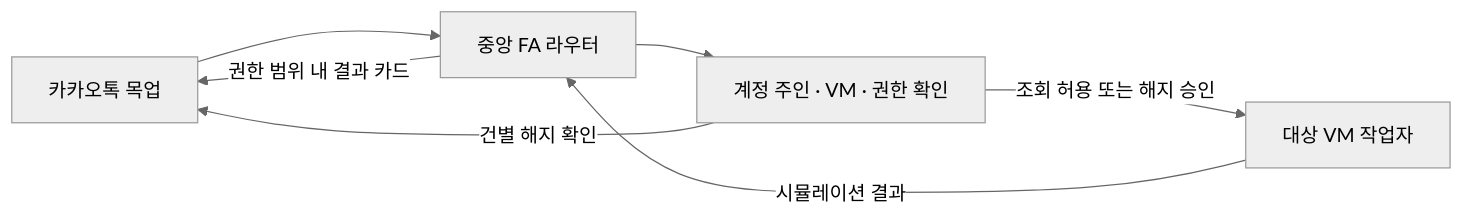
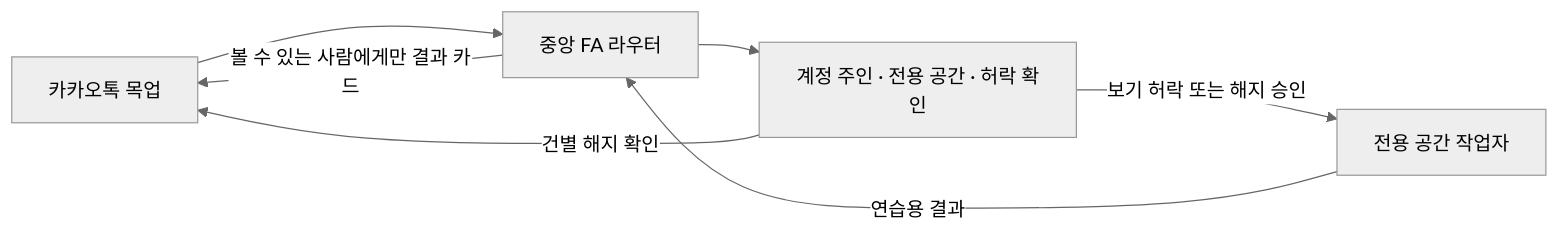
Before and after one commit to Agentpay-kr/personal-ai-agent-for-aging-people: the diagram in fa-kakao-demo/README.md, drawn with Mermaid (neutral theme). The commit also changed other lines of this file and 5 other files, not shown here.

````diff
--- a/fa-kakao-demo/README.md
+++ b/fa-kakao-demo/README.md
@@ -76,9 +76,9 @@
 ```mermaid
 flowchart LR
   Chat["카카오톡 목업"] --> Router["중앙 FA 라우터"]
-  Router --> Policy["계정 주인 · VM · 권한 확인"]
-  Policy -->|조회 허용 또는 해지 승인| Worker["대상 VM 작업자"]
+  Router --> Policy["계정 주인 · 전용 공간 · 허락 확인"]
+  Policy -->|보기 허락 또는 해지 승인| Worker["전용 공간 작업자"]
   Policy -->|건별 해지 확인| Chat
-  Worker -->|시뮬레이션 결과| Router
-  Router -->|권한 범위 내 결과 카드| Chat
+  Worker -->|연습용 결과| Router
+  Router -->|볼 수 있는 사람에게만 결과 카드| Chat
 ```
````
